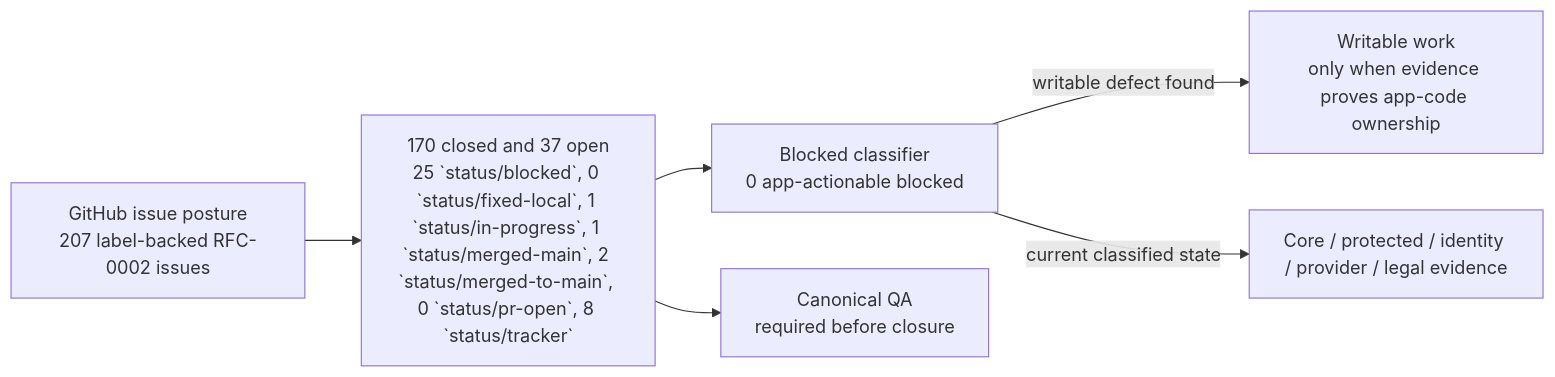
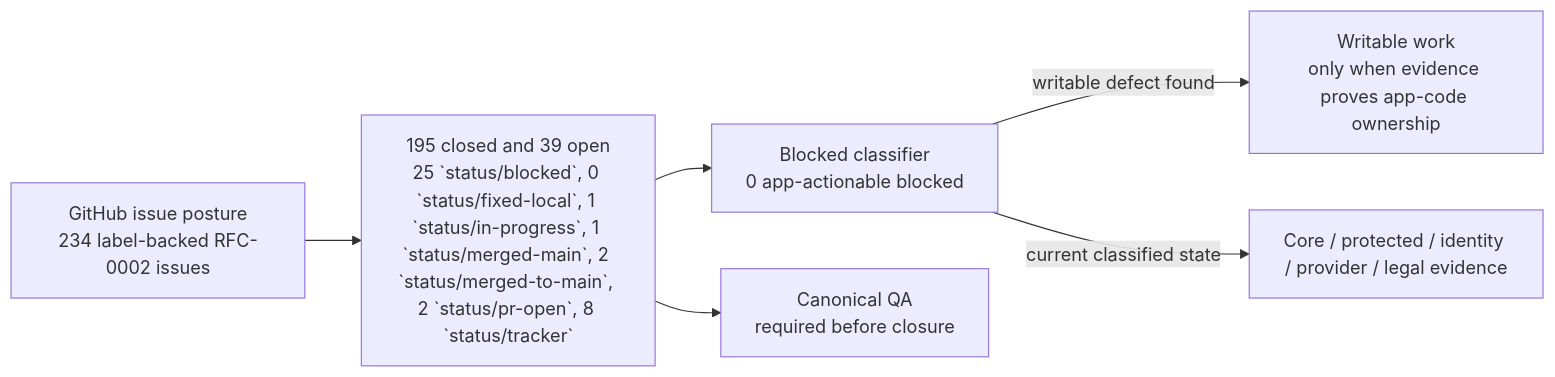
Before and after one commit to sgajbi/lotus-idea: the first of 2 diagrams in wiki/RFC-0002-Execution-Status.md, drawn with Mermaid. The commit also changed other lines of this file and 11 other files, not shown here.

Commit message:
docs: synchronize RFC-0002 issue posture truth

````diff
--- a/wiki/RFC-0002-Execution-Status.md
+++ b/wiki/RFC-0002-Execution-Status.md
@@ -39,15 +39,15 @@
 ```mermaid
 flowchart LR
-    Issues["GitHub issue posture<br/>207 label-backed RFC-0002 issues"]
-    Open["170 closed and 37 open<br/>25 `status/blocked`, 0 `status/fixed-local`, 1 `status/in-progress`, 1 `status/merged-main`, 2 `status/merged-to-main`, 0 `status/pr-open`, 8 `status/tracker`"]
+    Issues["GitHub issue posture<br/>234 label-backed RFC-0002 issues"]
+    Open["195 closed and 39 open<br/>25 `status/blocked`, 0 `status/fixed-local`, 1 `status/in-progress`, 1 `status/merged-main`, 2 `status/merged-to-main`, 2 `status/pr-open`, 8 `status/tracker`"]
     Blocked["Blocked classifier<br/>0 app-actionable blocked"]
     Work["Writable work<br/>only when evidence proves app-code ownership"]
     External["Core / protected / identity / provider / legal evidence"]
     QA["Canonical QA<br/>required before closure"]
 
     Issues --> Open
     Open --> Blocked
     Blocked -->|"writable defect found"| Work
     Blocked -->|"current classified state"| External
     Open --> QA
 ```
````
